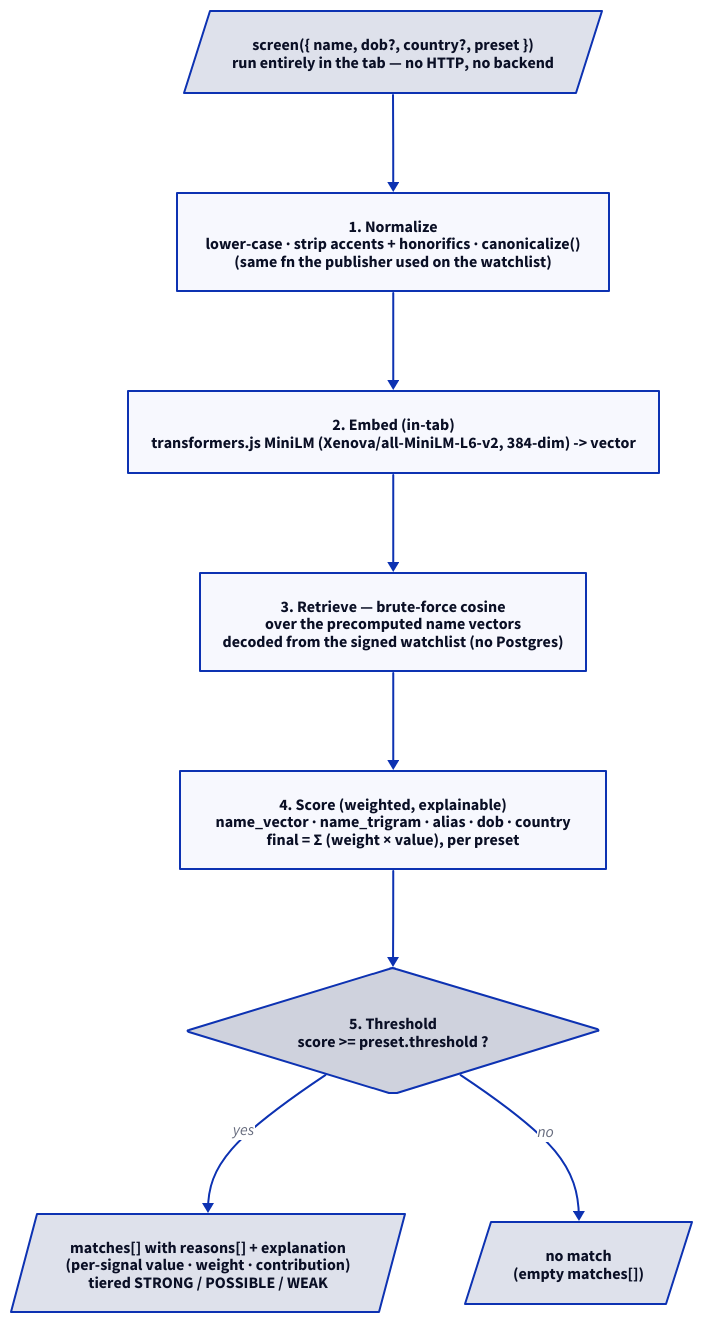
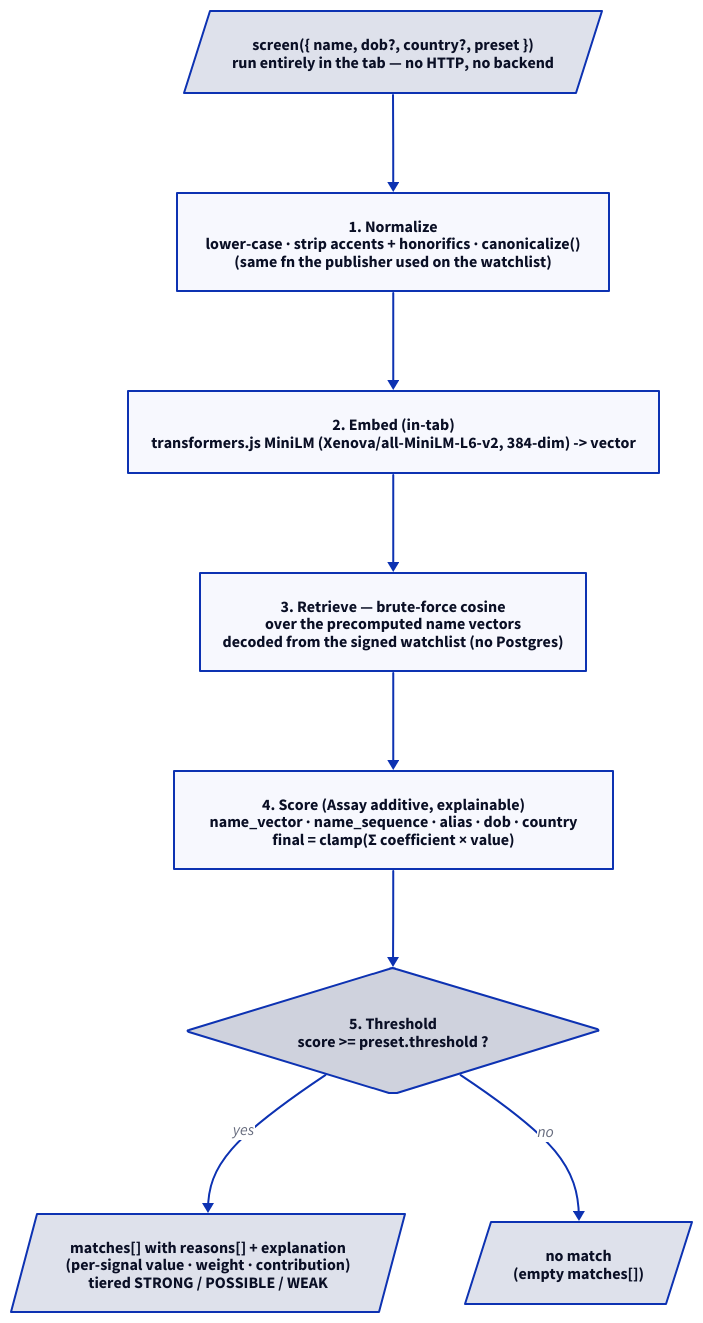
The diagram in docs/diagrams/screening-pipeline.d2 (hseshadr/aml-filter), drawn with D2 before and after one commit. The commit also changed 63 other files, not shown here.

```diff
--- a/docs/diagrams/screening-pipeline.d2
+++ b/docs/diagrams/screening-pipeline.d2
@@ -1,52 +1,52 @@
 # aml-filter — screening pipeline (v3, in-browser)
 # normalize -> embed -> cosine retrieve -> weighted score -> threshold -> decision + explanation
 
 direction: down
 
 query: {
   label: "screen({ name, dob?, country?, preset })\nrun entirely in the tab — no HTTP, no backend"
   shape: parallelogram
 }
 
 normalize: {
   label: "1. Normalize\nlower-case · strip accents + honorifics · canonicalize()\n(same fn the publisher used on the watchlist)"
   shape: rectangle
 }
 
 embed: {
   label: "2. Embed (in-tab)\ntransformers.js MiniLM (Xenova/all-MiniLM-L6-v2, 384-dim) -> vector"
   shape: rectangle
 }
 
 retrieve: {
   label: "3. Retrieve — brute-force cosine\nover the precomputed name vectors\ndecoded from the signed watchlist (no Postgres)"
   shape: rectangle
 }
 
 score: {
-  label: "4. Score (weighted, explainable)\nname_vector · name_trigram · alias · dob · country\nfinal = Σ (weight × value), per preset"
+  label: "4. Score (Assay additive, explainable)\nname_vector · name_sequence · alias · dob · country\nfinal = clamp(Σ coefficient × value)"
   shape: rectangle
 }
 
 threshold: {
   label: "5. Threshold\nscore >= preset.threshold ?"
   shape: diamond
 }
 
 matches: {
   label: "matches[] with reasons[] + explanation\n(per-signal value · weight · contribution)\ntiered STRONG / POSSIBLE / WEAK"
   shape: parallelogram
 }
 
 empty: {
   label: "no match\n(empty matches[])"
   shape: parallelogram
 }
 
 query -> normalize
 normalize -> embed
 embed -> retrieve
 retrieve -> score
 score -> threshold
 threshold -> matches: "yes"
 threshold -> empty: "no"
```
